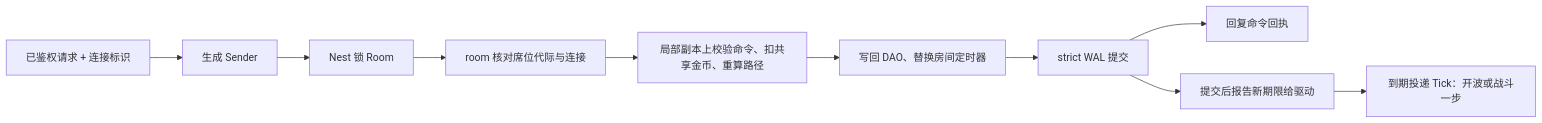
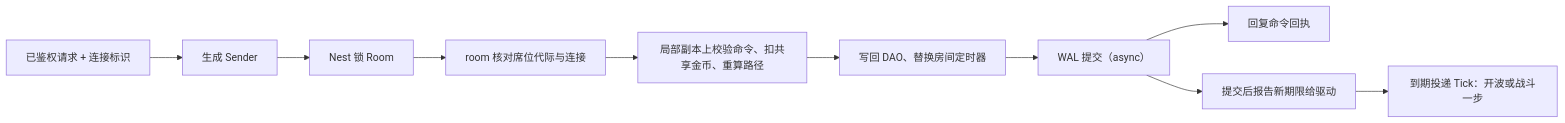
Before and after one commit to tjbdwanghaibo/roost-core: the first of 2 diagrams in docs/framework/TOWER-DEFENSE-INTEGRATION.md, drawn with Mermaid. The commit also changed other lines of this file and 87 other files, not shown here.

````diff
--- a/docs/framework/TOWER-DEFENSE-INTEGRATION.md
+++ b/docs/framework/TOWER-DEFENSE-INTEGRATION.md
@@ -28,12 +28,12 @@
 ```mermaid
 flowchart LR
     A[已鉴权请求 + 连接标识] --> B[生成 Sender]
     B --> C[Nest 锁 Room]
     C --> C2[room 核对席位代际与连接]
     C2 --> D[局部副本上校验命令、扣共享金币、重算路径]
     D --> E[写回 DAO、替换房间定时器]
-    E --> F[strict WAL 提交]
+    E --> F[WAL 提交（async）]
     F --> G[回复命令回执]
     F --> H[提交后报告新期限给驱动]
     H --> I[到期投递 Tick：开波或战斗一步]
 ```
````
